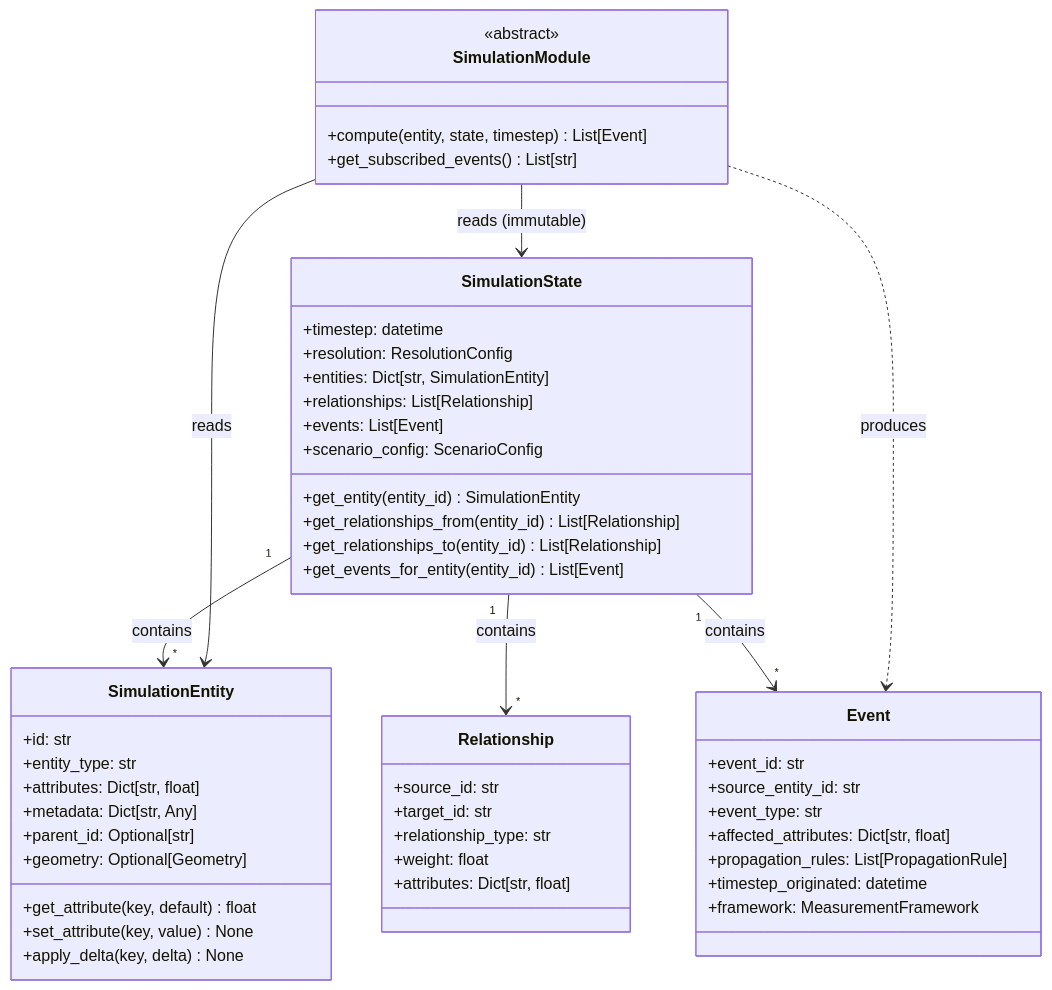
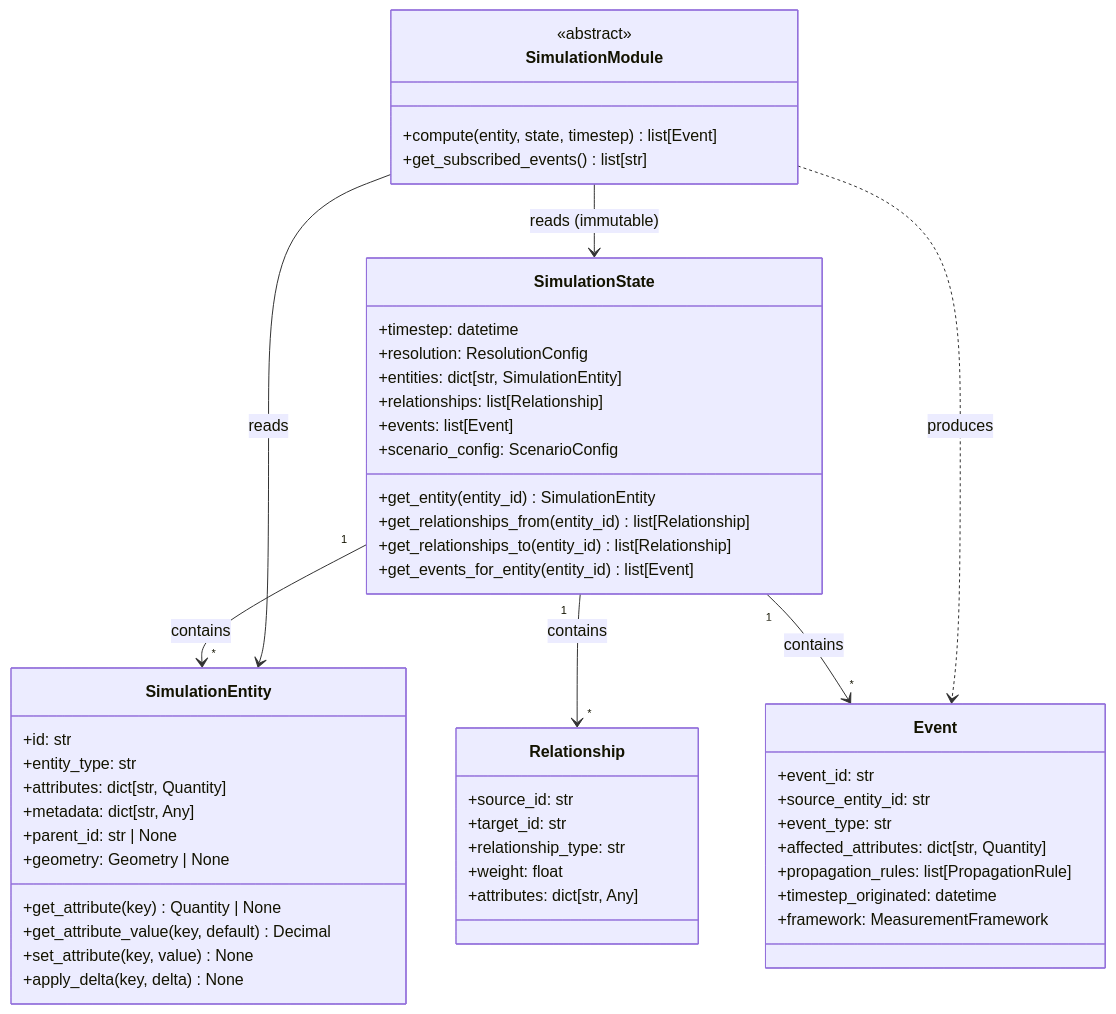
Before and after one commit to PublicEnemage/worldsim: the diagram in docs/CODING_STANDARDS.md, drawn with Mermaid. The commit also changed other lines of this file and 17 other files, not shown here.

````diff
--- a/docs/CODING_STANDARDS.md
+++ b/docs/CODING_STANDARDS.md
@@ -427,58 +618,59 @@
 ```mermaid
 classDiagram
     class SimulationEntity {
         +id: str
         +entity_type: str
-        +attributes: Dict[str, float]
-        +metadata: Dict[str, Any]
-        +parent_id: Optional[str]
-        +geometry: Optional[Geometry]
-        +get_attribute(key, default) float
+        +attributes: dict[str, Quantity]
+        +metadata: dict[str, Any]
+        +parent_id: str | None
+        +geometry: Geometry | None
+        +get_attribute(key) Quantity | None
+        +get_attribute_value(key, default) Decimal
         +set_attribute(key, value) None
         +apply_delta(key, delta) None
     }
 
     class SimulationState {
         +timestep: datetime
         +resolution: ResolutionConfig
-        +entities: Dict[str, SimulationEntity]
-        +relationships: List[Relationship]
-        +events: List[Event]
+        +entities: dict[str, SimulationEntity]
+        +relationships: list[Relationship]
+        +events: list[Event]
         +scenario_config: ScenarioConfig
         +get_entity(entity_id) SimulationEntity
-        +get_relationships_from(entity_id) List[Relationship]
-        +get_relationships_to(entity_id) List[Relationship]
-        +get_events_for_entity(entity_id) List[Event]
+        +get_relationships_from(entity_id) list[Relationship]
+        +get_relationships_to(entity_id) list[Relationship]
+        +get_events_for_entity(entity_id) list[Event]
     }
 
     class SimulationModule {
         <<abstract>>
-        +compute(entity, state, timestep) List[Event]
-        +get_subscribed_events() List[str]
+        +compute(entity, state, timestep) list[Event]
+        +get_subscribed_events() list[str]
     }
 
     class Event {
         +event_id: str
         +source_entity_id: str
         +event_type: str
-        +affected_attributes: Dict[str, float]
-        +propagation_rules: List[PropagationRule]
+        +affected_attributes: dict[str, Quantity]
+        +propagation_rules: list[PropagationRule]
         +timestep_originated: datetime
         +framework: MeasurementFramework
     }
 
     class Relationship {
         +source_id: str
         +target_id: str
         +relationship_type: str
         +weight: float
-        +attributes: Dict[str, float]
+        +attributes: dict[str, Any]
     }
 
     SimulationState "1" --> "*" SimulationEntity : contains
     SimulationState "1" --> "*" Relationship : contains
     SimulationState "1" --> "*" Event : contains
     SimulationModule --> SimulationState : reads (immutable)
     SimulationModule --> SimulationEntity : reads
     SimulationModule ..> Event : produces
 ```
````
